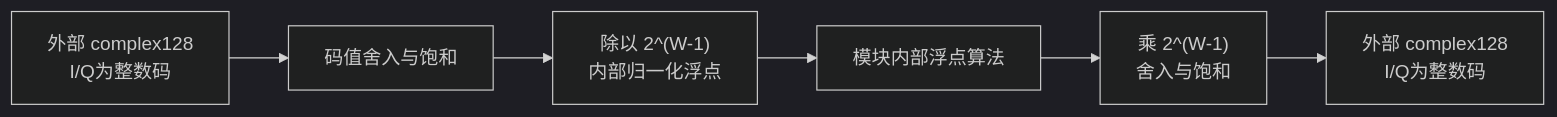
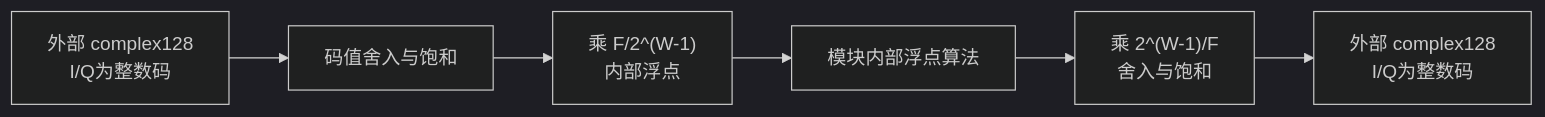
One commit to niyilu45/DPD_ILC changed the first of 20 diagrams in README.md. Above: the diagram before and after it, drawn with Mermaid (dark theme). The commit also changed other lines of this file and 45 other files, not shown here.

````diff
--- a/README.md
+++ b/README.md
@@ -142,8 +145,8 @@
 ```mermaid
 flowchart LR
     input["外部 complex128<br/>I/Q为整数码"] --> quantizer["码值舍入与饱和"]
-    quantizer --> floating["除以 2^(W-1)<br/>内部归一化浮点"]
+    quantizer --> floating["乘 F/2^(W-1)<br/>内部浮点"]
     floating --> algorithm["模块内部浮点算法"]
-    algorithm --> outputQuantizer["乘 2^(W-1)<br/>舍入与饱和"]
+    algorithm --> outputQuantizer["乘 2^(W-1)/F<br/>舍入与饱和"]
     outputQuantizer --> output["外部 complex128<br/>I/Q为整数码"]
 ```
````
